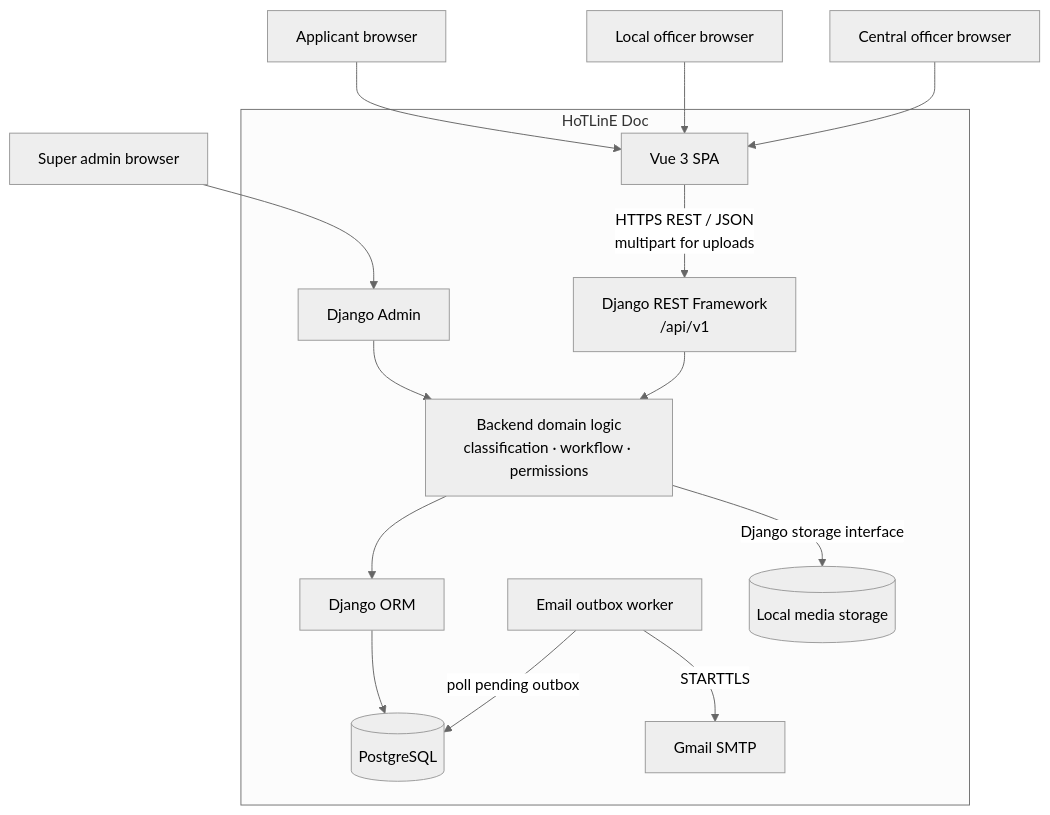
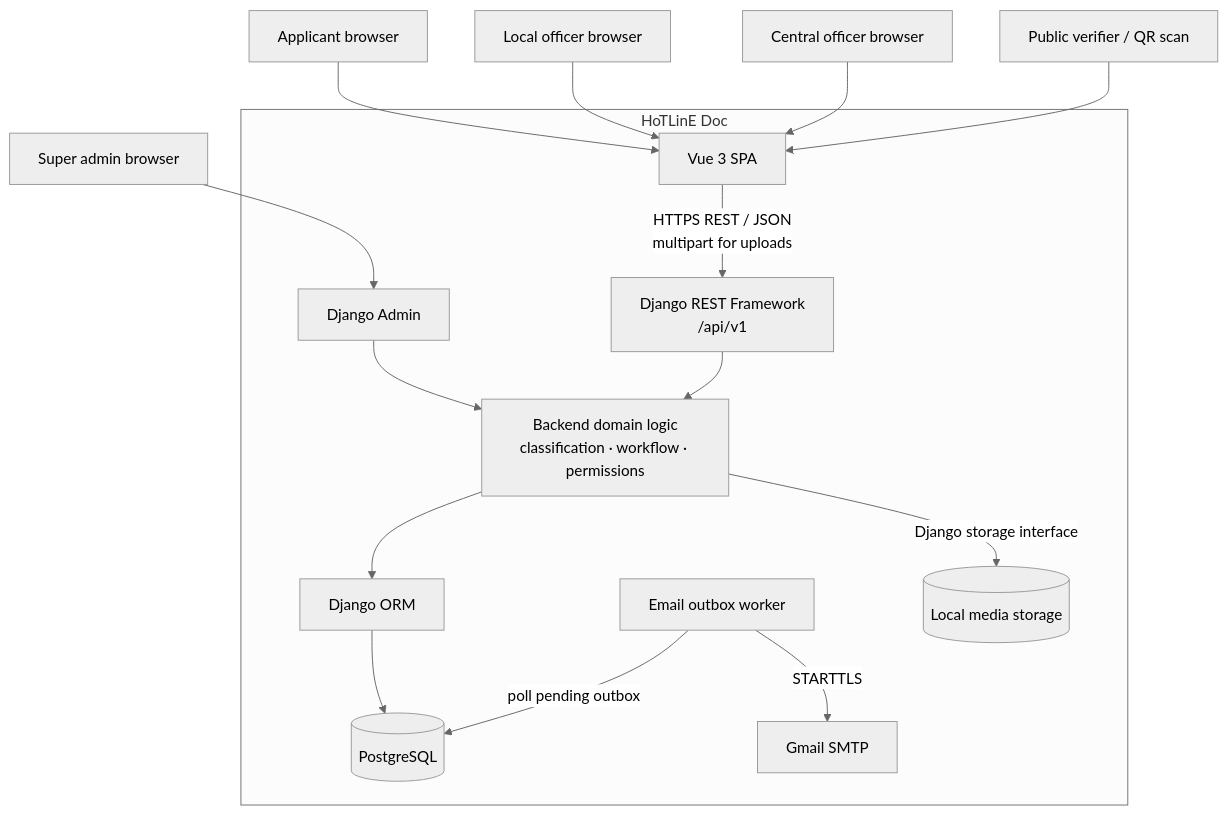
One commit to son-content-mastery/psu-hotline-doc changed the first of 5 diagrams in docs/architecture/system-overview.md. Above: the diagram before and after it, drawn with Mermaid (neutral theme). The commit also changed other lines of this file and 22 other files, not shown here.

````diff
--- a/docs/architecture/system-overview.md
+++ b/docs/architecture/system-overview.md
@@ -11,32 +11,34 @@
 ```mermaid
 flowchart TB
     Applicant[Applicant browser]
     LocalOfficer[Local officer browser]
     CentralOfficer[Central officer browser]
+    PublicVerifier[Public verifier / QR scan]
     Admin[Super admin browser]
 
     subgraph System[HoTLinE Doc]
         SPA[Vue 3 SPA]
         AdminUI[Django Admin]
         API[Django REST Framework<br/>/api/v1]
         Domain[Backend domain logic<br/>classification · workflow · permissions]
         EmailWorker[Email outbox worker]
         ORM[Django ORM]
         DB[(PostgreSQL)]
         Media[(Local media storage)]
         Gmail[Gmail SMTP]
     end
 
     Applicant --> SPA
     LocalOfficer --> SPA
     CentralOfficer --> SPA
+    PublicVerifier --> SPA
     Admin --> AdminUI
     SPA -->|HTTPS REST / JSON<br/>multipart for uploads| API
     AdminUI --> Domain
     API --> Domain
     Domain --> ORM
     ORM --> DB
     EmailWorker -->|poll pending outbox| DB
     EmailWorker -->|STARTTLS| Gmail
     Domain -->|Django storage interface| Media
 ```
````
